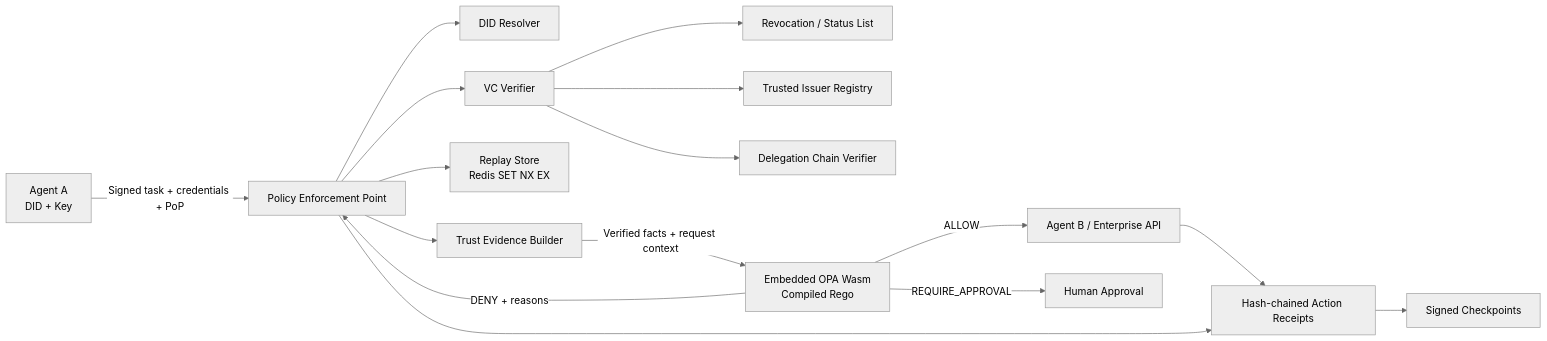
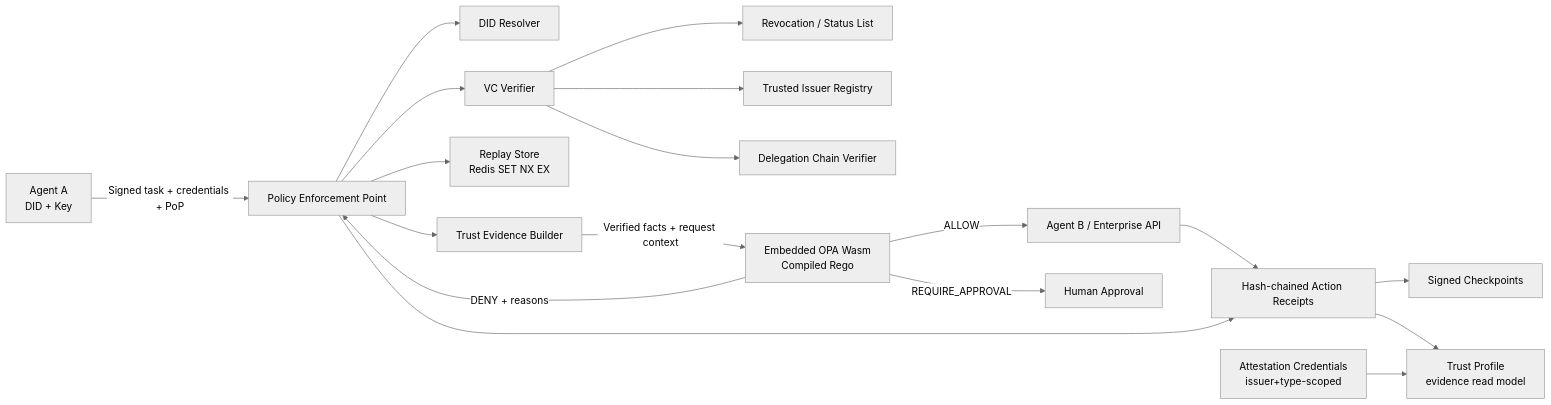
Before and after one commit to abuzaro21/agent-trust: the diagram in README.md, drawn with Mermaid (neutral theme). The commit also changed other lines of this file and 22 other files, not shown here.

````diff
--- a/README.md
+++ b/README.md
@@ -95,18 +95,20 @@
 ```mermaid
 flowchart LR
     A[Agent A<br/>DID + Key] -->|Signed task + credentials + PoP| ENFORCE[Policy Enforcement Point]
     ENFORCE --> DID[DID Resolver]
     ENFORCE --> VC[VC Verifier]
     VC --> STATUS[Revocation / Status List]
     VC --> TRUST[Trusted Issuer Registry]
     VC --> DELEG[Delegation Chain Verifier]
     ENFORCE --> REPLAY[Replay Store<br/>Redis SET NX EX]
     ENFORCE --> EVID[Trust Evidence Builder]
     EVID -->|Verified facts + request context| OPA[Embedded OPA Wasm<br/>Compiled Rego]
     OPA -->|ALLOW| B[Agent B / Enterprise API]
     OPA -->|REQUIRE_APPROVAL| HITL[Human Approval]
     OPA -->|DENY + reasons| ENFORCE
     B --> LOG[Hash-chained Action Receipts]
     ENFORCE --> LOG
     LOG --> CHECKPOINT[Signed Checkpoints]
+    LOG --> PROFILE[Trust Profile<br/>evidence read model]
+    ATTEST[Attestation Credentials<br/>issuer+type-scoped] --> PROFILE
 ```
````
